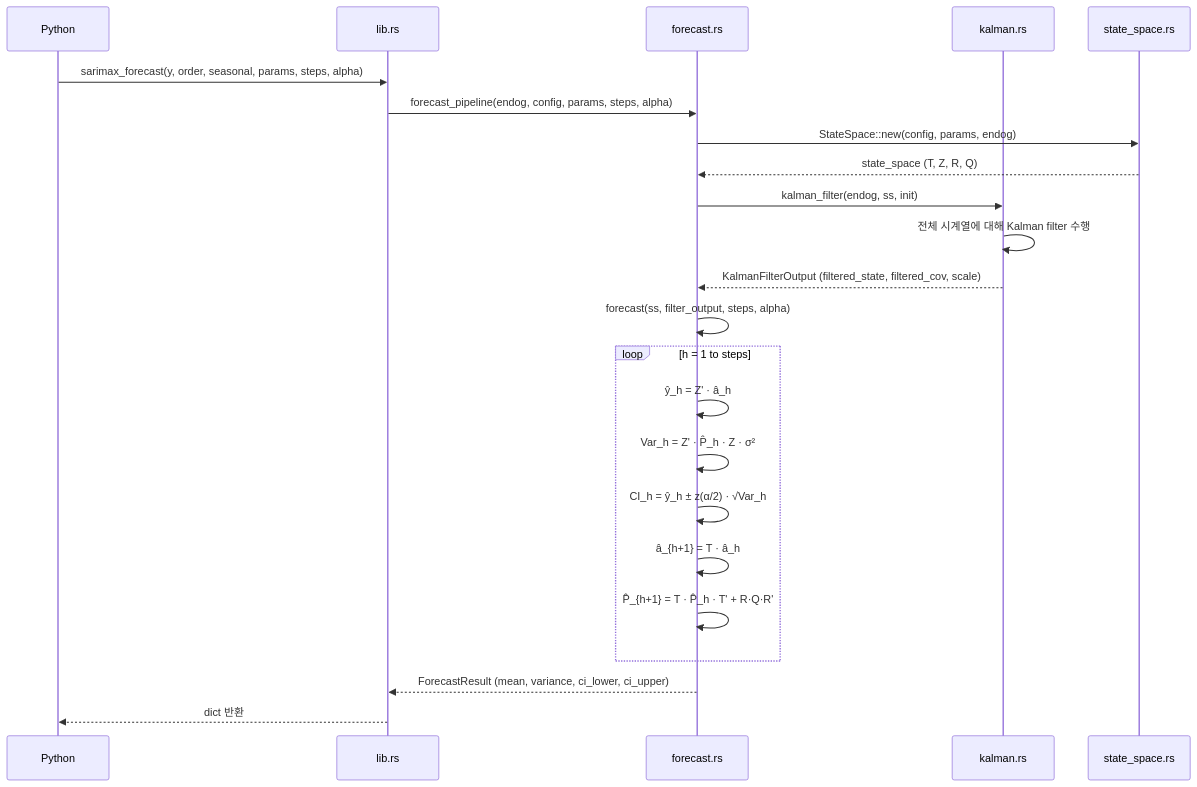
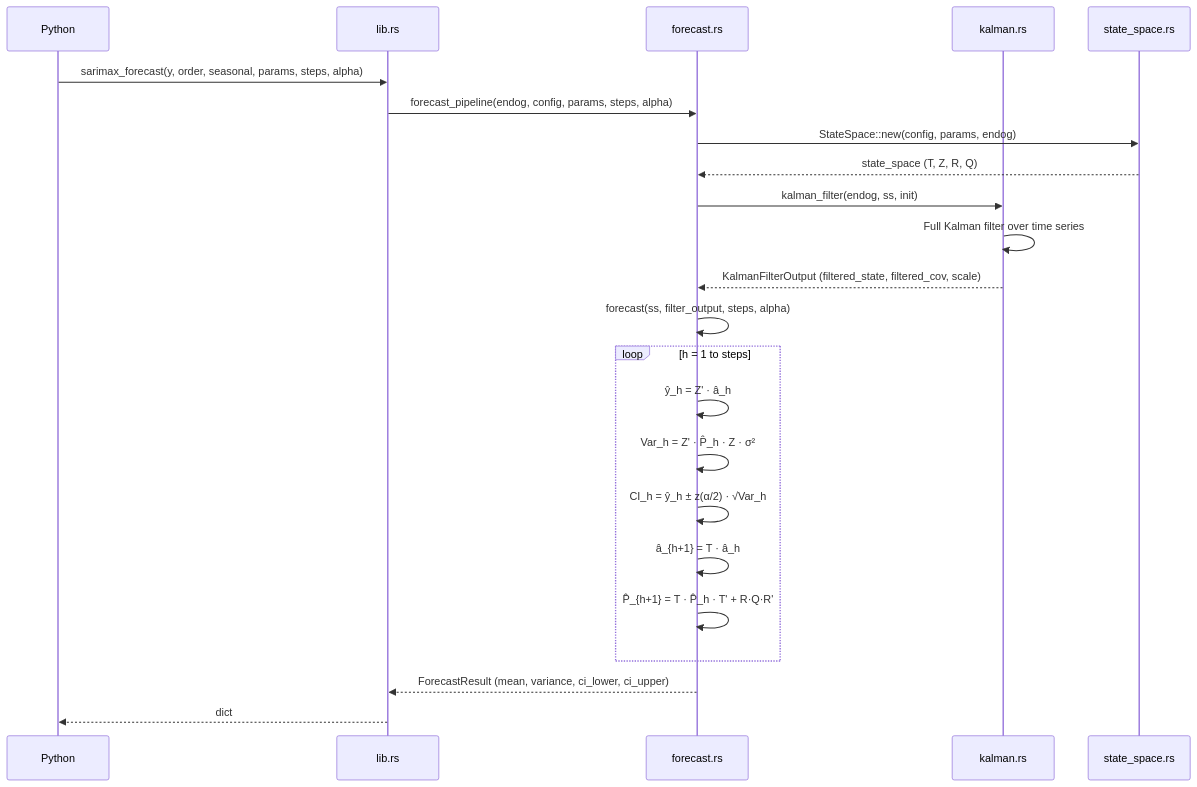
One commit to zongseung/Rust-python-arima changed the third of 5 diagrams in README.md. Above: the diagram before and after it, drawn with Mermaid. The commit also changed other lines of this file and 5 other files, not shown here.

````diff
--- a/README.md
+++ b/README.md
@@ -233,31 +263,31 @@
 ```mermaid
 sequenceDiagram
     participant P as Python
     participant L as lib.rs
     participant F as forecast.rs
     participant K as kalman.rs
     participant SS as state_space.rs
 
     P->>L: sarimax_forecast(y, order, seasonal, params, steps, alpha)
     L->>F: forecast_pipeline(endog, config, params, steps, alpha)
 
     F->>SS: StateSpace::new(config, params, endog)
     SS-->>F: state_space (T, Z, R, Q)
 
     F->>K: kalman_filter(endog, ss, init)
-    K->>K: 전체 시계열에 대해 Kalman filter 수행
+    K->>K: Full Kalman filter over time series
     K-->>F: KalmanFilterOutput (filtered_state, filtered_cov, scale)
 
     F->>F: forecast(ss, filter_output, steps, alpha)
 
     loop h = 1 to steps
         F->>F: ŷ_h = Z' · â_h
         F->>F: Var_h = Z' · P̂_h · Z · σ²
         F->>F: CI_h = ŷ_h ± z(α/2) · √Var_h
         F->>F: â_{h+1} = T · â_h
         F->>F: P̂_{h+1} = T · P̂_h · T' + R·Q·R'
     end
 
     F-->>L: ForecastResult (mean, variance, ci_lower, ci_upper)
-    L-->>P: dict 반환
+    L-->>P: dict
 ```
````
